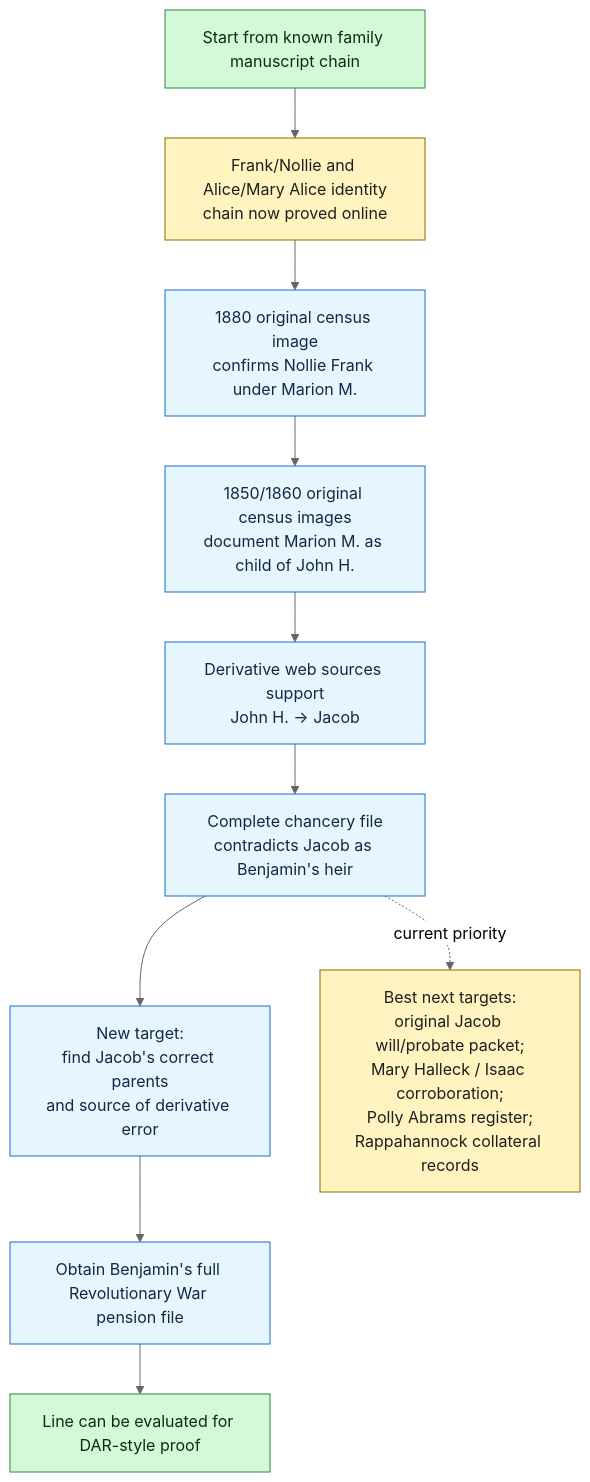
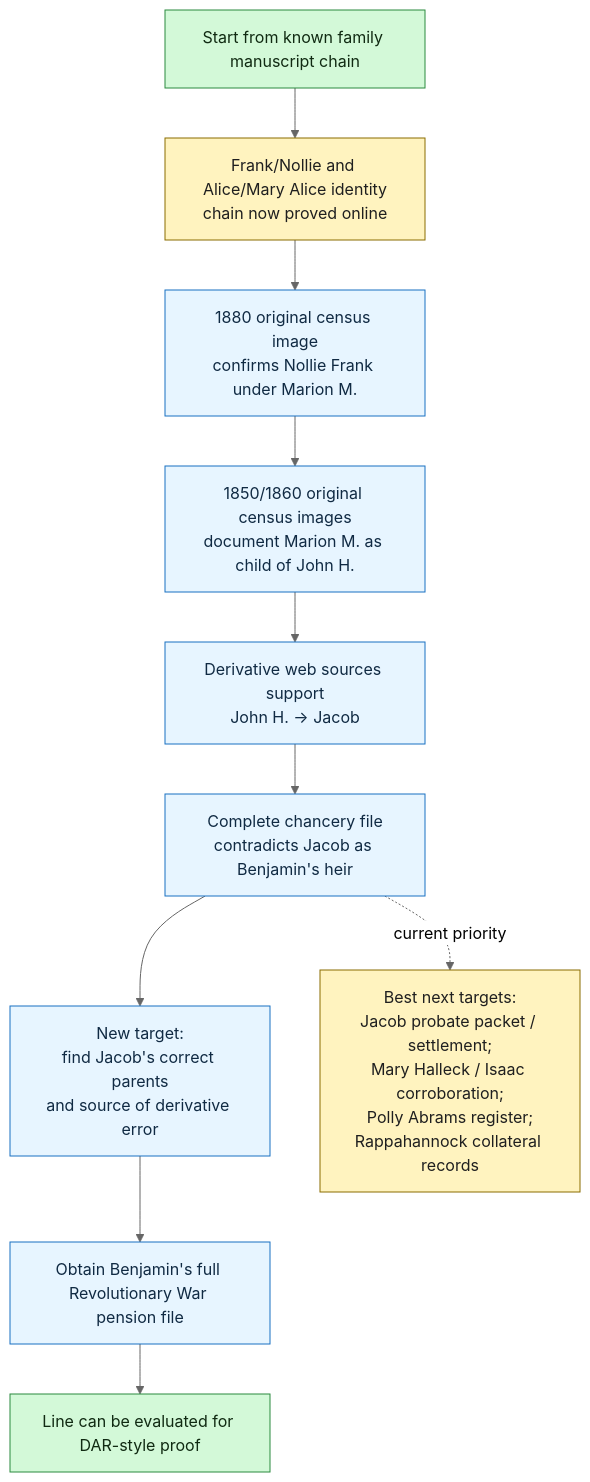
Before and after one commit to zcopley/copley-family-research: the second of 2 diagrams in RQ-P1-PARTLOW-REVOLUTIONARY-LINE.md, drawn with Mermaid (neutral theme). The commit also changed other lines of this file and 14 other files, not shown here.

Commit message:
Integrate Jacob Partlow original will record

````diff
--- a/RQ-P1-PARTLOW-REVOLUTIONARY-LINE.md
+++ b/RQ-P1-PARTLOW-REVOLUTIONARY-LINE.md
@@ -317,23 +322,23 @@
 ```mermaid
 flowchart TD
     A["Start from known family manuscript chain"]
     B["Frank/Nollie and Alice/Mary Alice identity<br/>chain now proved online"]
     C["1880 original census image<br/>confirms Nollie Frank under Marion M."]
     D["1850/1860 original census images<br/>document Marion M. as child of John H."]
     E["Derivative web sources support<br/>John H. -> Jacob"]
     F["Complete chancery file<br/>contradicts Jacob as Benjamin's heir"]
     G["New target:<br/>find Jacob's correct parents<br/>and source of derivative error"]
     I["Obtain Benjamin's full Revolutionary War pension file"]
     H["Line can be evaluated for DAR-style proof"]
 
     A --> B --> C --> D --> E --> F --> G --> I --> H
-    F -. "current priority" .-> P["Best next targets:<br/>original Jacob will/probate packet;<br/>Mary Halleck / Isaac corroboration;<br/>Polly Abrams register;<br/>Rappahannock collateral records"]
+    F -. "current priority" .-> P["Best next targets:<br/>Jacob probate packet / settlement;<br/>Mary Halleck / Isaac corroboration;<br/>Polly Abrams register;<br/>Rappahannock collateral records"]
 
     class A,H goal
     class B,P priority
     class C,D,E,F,G,I action
 
     classDef goal fill:#d3f9d8,stroke:#2b8a3e,color:#102a12;
     classDef priority fill:#fff3bf,stroke:#8a6d00,color:#1f1f1f;
     classDef action fill:#e7f5ff,stroke:#1971c2,color:#102a43;
 ```
````
